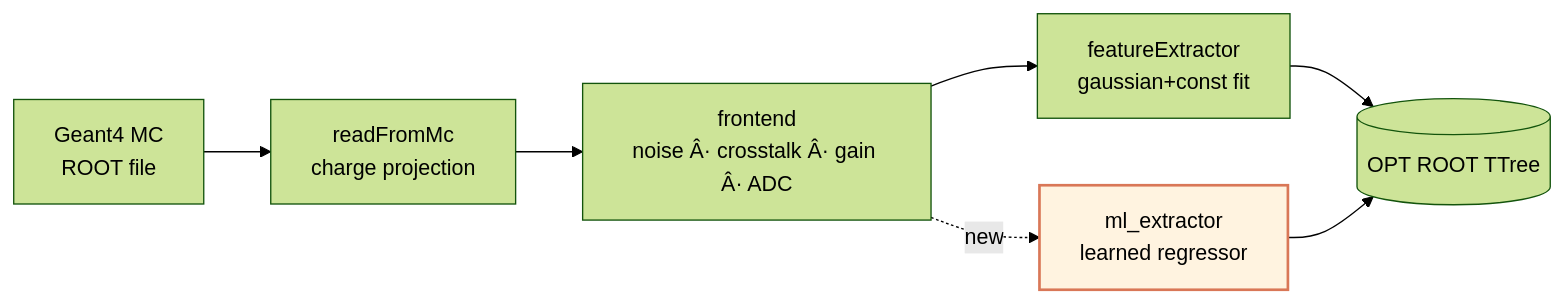
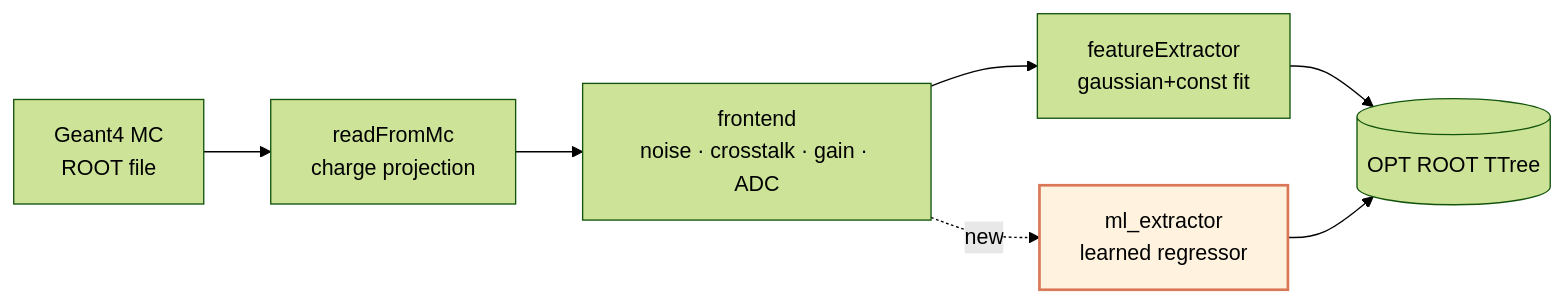
Before and after one commit to salthekal/luxe-digit: the diagram in README.md, drawn with Mermaid (forest theme). The commit also changed other lines of this file and 1 other file, not shown here.

````diff
--- a/README.md
+++ b/README.md
@@ -52,12 +52,12 @@
 ```mermaid
 flowchart LR
     MC[Geant4 MC<br/>ROOT file] --> R[readFromMc<br/>charge projection]
-    R --> F[frontend<br/>noise Â· crosstalk Â· gain Â· ADC]
+    R --> F[frontend<br/>noise · crosstalk · gain · ADC]
     F --> X1[featureExtractor<br/>gaussian+const fit]
     F -.new.-> X2[ml_extractor<br/>learned regressor]
     X1 --> OUT[(OPT ROOT TTree)]
     X2 --> OUT
 
     classDef new fill:#fff3e0,stroke:#D97757,stroke-width:2px
     class X2 new
 ```
````
